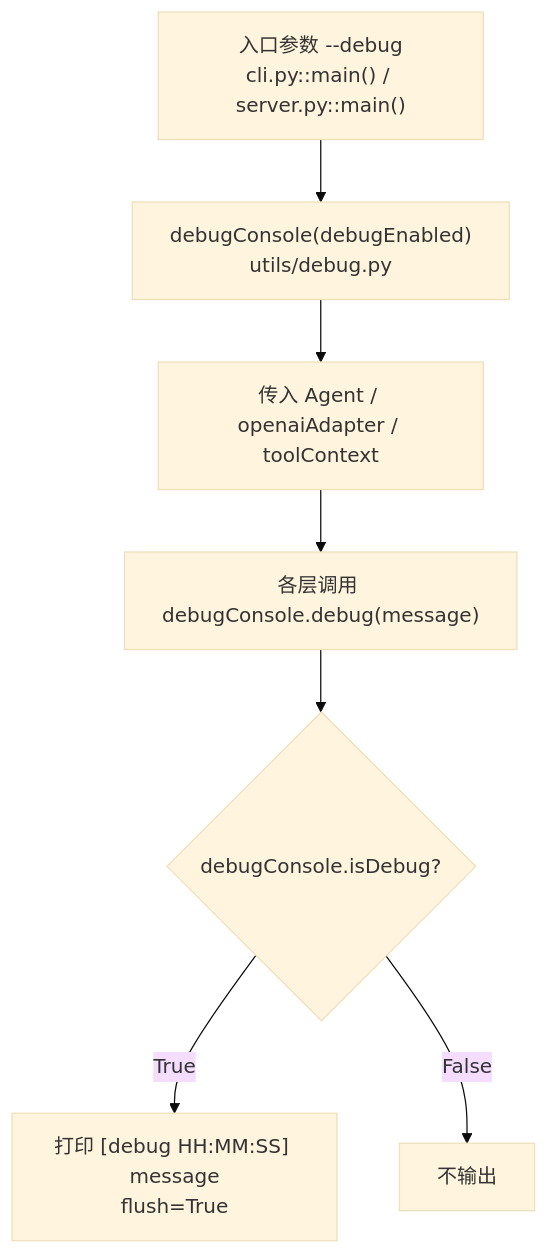
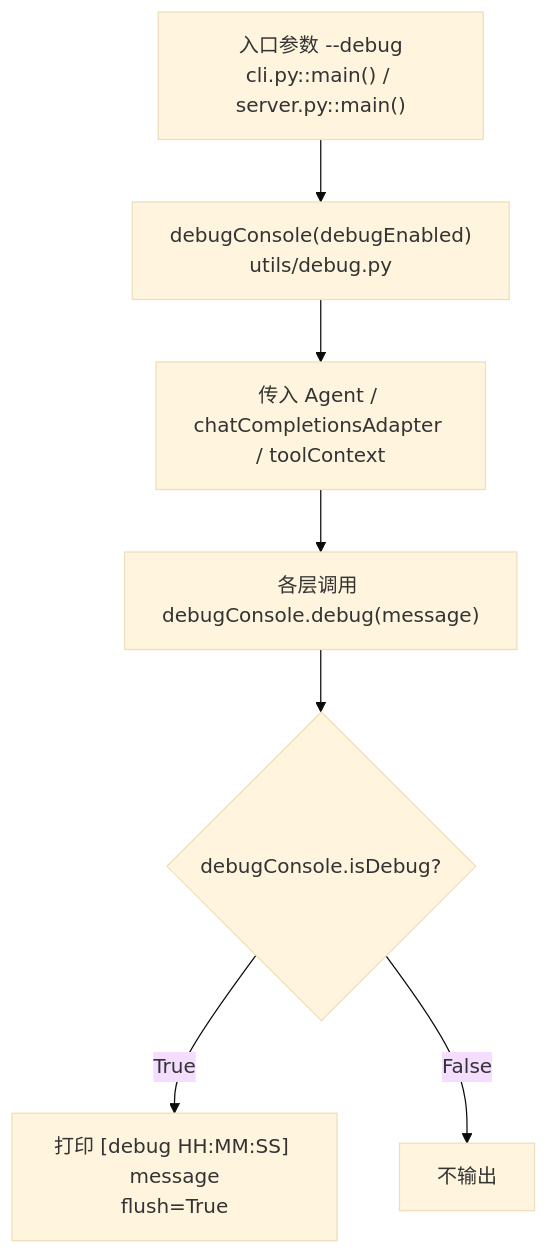
One commit to Cong-Wan/FlamingoAgents changed diagram 13 of 14 in docs/flamingoAgentsFlow.md. Above: the diagram before and after it, drawn with Mermaid (base theme). The commit also changed other lines of this file and 39 other files, not shown here.

````diff
--- a/docs/flamingoAgentsFlow.md
+++ b/docs/flamingoAgentsFlow.md
@@ -969,14 +969,14 @@
 ```mermaid
 flowchart TD
     args["入口参数 --debug<br/>cli.py::main() / server.py::main()"]
     ctor["debugConsole(debugEnabled)<br/>utils/debug.py"]
-    store["传入 Agent / openaiAdapter / toolContext"]
+    store["传入 Agent / chatCompletionsAdapter / toolContext"]
     callDebug["各层调用 debugConsole.debug(message)"]
     isDebug{"debugConsole.isDebug?"}
     print["打印 [debug HH:MM:SS] message<br/>flush=True"]
     silent["不输出"]
 
     args --> ctor --> store --> callDebug --> isDebug
     isDebug -- True --> print
     isDebug -- False --> silent
 ```
````
